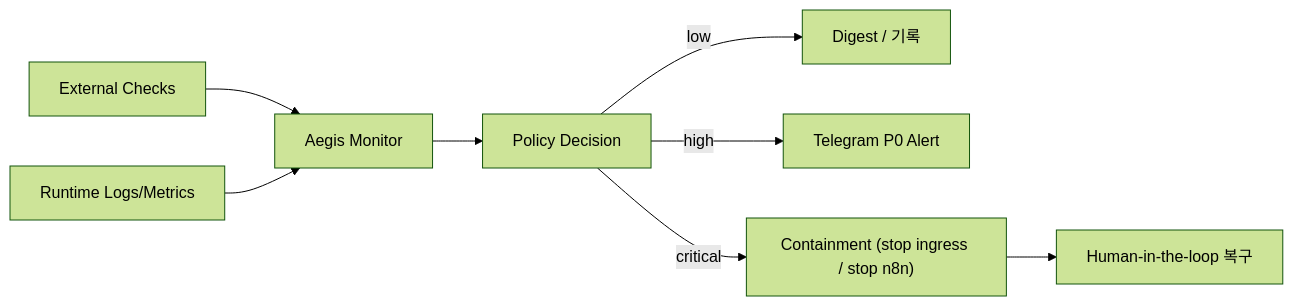
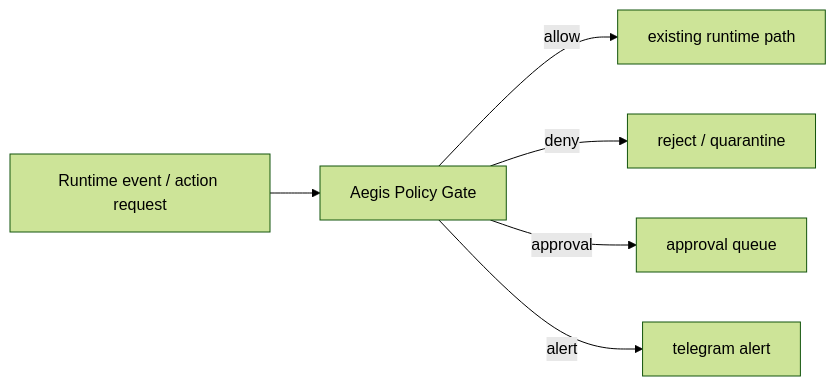
The first of 2 diagrams in docs/AEGIS_PLAN.md (Merchantlee99/Personal-AI-agent-v2), drawn with Mermaid (forest theme) before and after one commit. The commit also changed other lines of this file and 6 other files, not shown here.

````diff
--- a/docs/AEGIS_PLAN.md
+++ b/docs/AEGIS_PLAN.md
@@ -13,10 +23,8 @@
 ```mermaid
 flowchart LR
-  EXT["External Checks"] --> AEG["Aegis Monitor"]
-  INT["Runtime Logs/Metrics"] --> AEG
-  AEG --> DEC["Policy Decision"]
-  DEC -->|low| INFO["Digest / 기록"]
-  DEC -->|high| ALERT["Telegram P0 Alert"]
-  DEC -->|critical| ISO["Containment (stop ingress / stop n8n)"]
-  ISO --> HUMAN["Human-in-the-loop 복구"]
+  EVT["Runtime event / action request"] --> AEG["Aegis Policy Gate"]
+  AEG -->|allow| EXEC["existing runtime path"]
+  AEG -->|deny| DROP["reject / quarantine"]
+  AEG -->|approval| AP["approval queue"]
+  AEG -->|alert| TG["telegram alert"]
 ```
````
